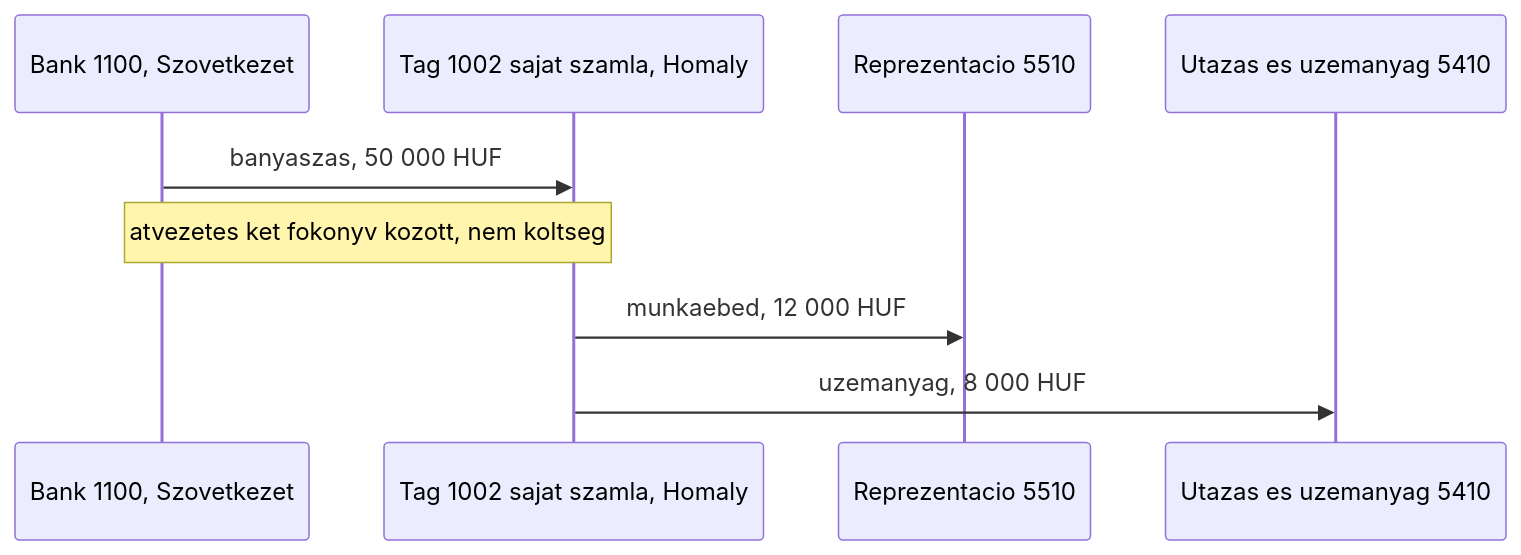
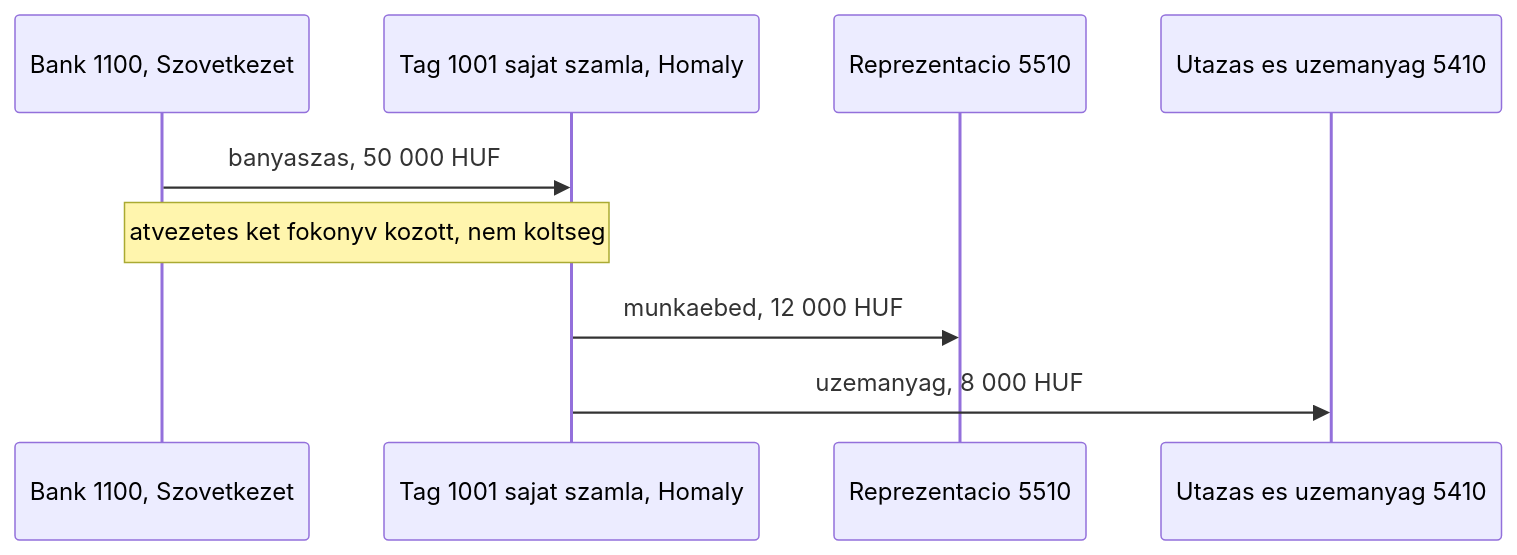
Before and after one commit to pitiboy/curr: diagram 13 of 17 in docs/transaction-workflow.md, drawn with Mermaid. The commit also changed other lines of this file and 8 other files, not shown here.

````diff
--- a/docs/transaction-workflow.md
+++ b/docs/transaction-workflow.md
@@ -502,12 +570,12 @@
 ```mermaid
 sequenceDiagram
   participant Bank as Bank 1100, Szovetkezet
-  participant Sajat as Tag 1002 sajat szamla, Homaly
+  participant Sajat as Tag 1001 sajat szamla, Homaly
   participant Ebed as Reprezentacio 5510
   participant Uzem as Utazas es uzemanyag 5410
 
   Bank->>Sajat: banyaszas, 50 000 HUF
   Note over Bank,Sajat: atvezetes ket fokonyv kozott, nem koltseg
   Sajat->>Ebed: munkaebed, 12 000 HUF
   Sajat->>Uzem: uzemanyag, 8 000 HUF
 ```
````
